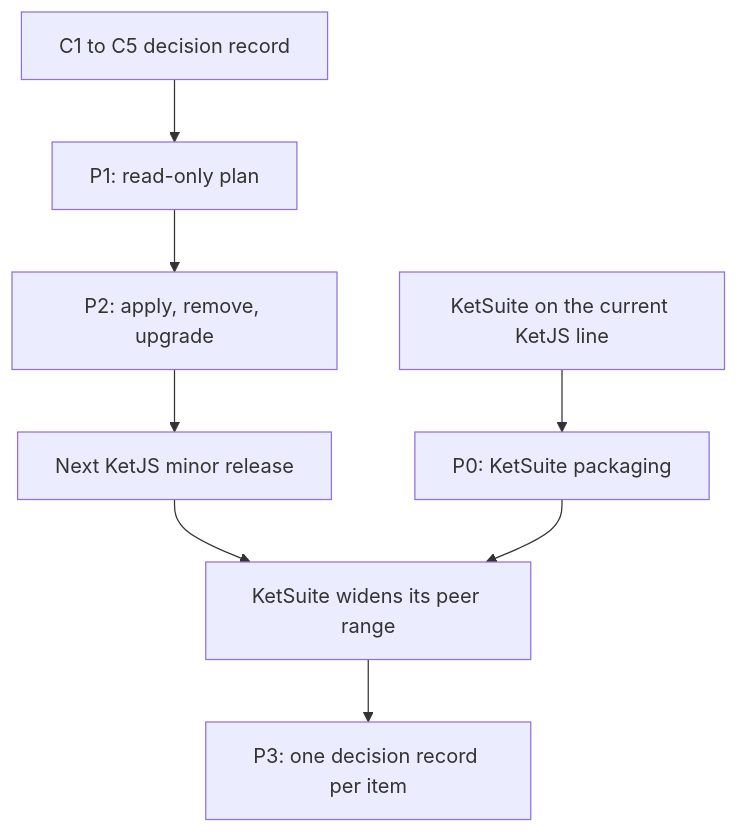
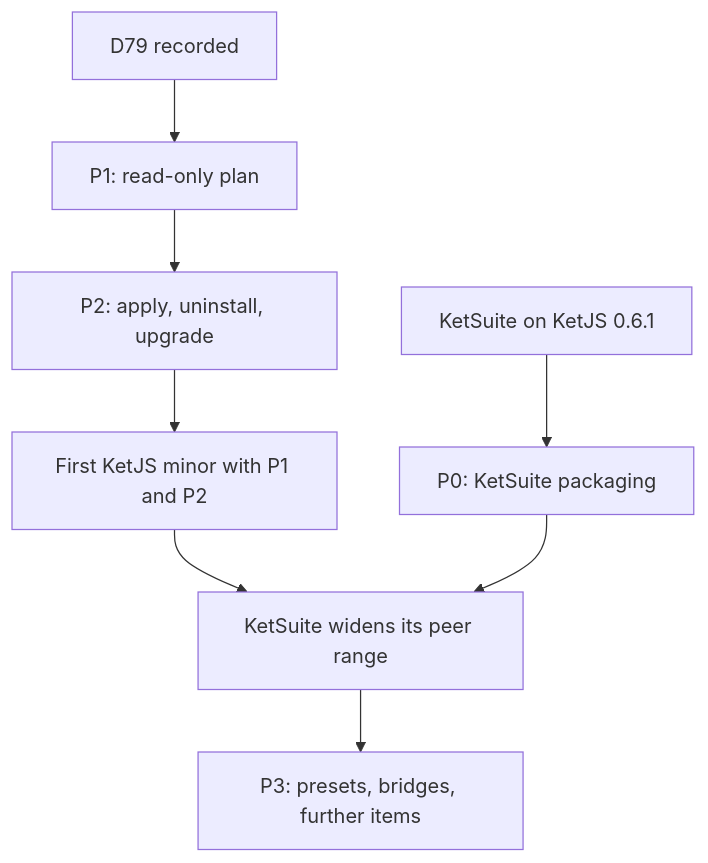
Before and after one commit to ketvietlab/ketjs: the fifth of 5 diagrams in packages/docs/content/docs/module-installation-plan.md, drawn with Mermaid. The commit also changed other lines of this file and 3 other files, not shown here.

First line of the commit message:
Record D79 and settle the module installation plan

````diff
--- a/packages/docs/content/docs/module-installation-plan.md
+++ b/packages/docs/content/docs/module-installation-plan.md
@@ -379,11 +431,11 @@
 ```mermaid
 %% File: packages/docs/content/docs/module-installation-plan.md
 flowchart TD
-  current["KetSuite on the current KetJS line"] --> p0["P0: KetSuite packaging"]
-  adr["C1 to C5 decision record"] --> p1["P1: read-only plan"]
-  p1 --> p2["P2: apply, remove, upgrade"]
-  p2 --> minor["Next KetJS minor release"]
+  current["KetSuite on KetJS 0.6.1"] --> p0["P0: KetSuite packaging"]
+  adr["D79 recorded"] --> p1["P1: read-only plan"]
+  p1 --> p2["P2: apply, uninstall, upgrade"]
+  p2 --> minor["First KetJS minor with P1 and P2"]
   minor --> widen["KetSuite widens its peer range"]
   p0 --> widen
-  widen --> p3["P3: one decision record per item"]
+  widen --> p3["P3: presets, bridges, further items"]
 ```
````
